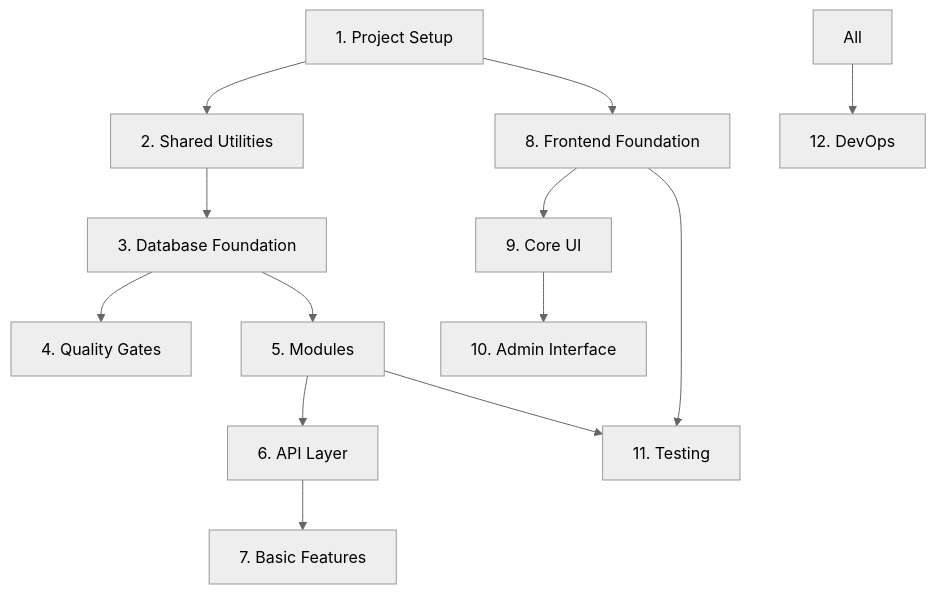
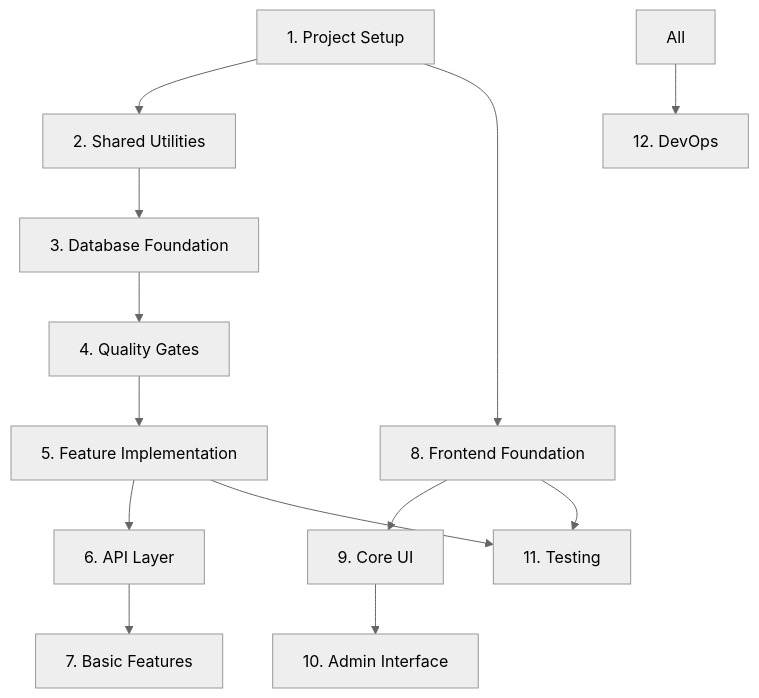
Before and after one commit to Kaniikura/certquiz: the diagram in docs/task-list.md, drawn with Mermaid (neutral theme). The commit also changed other lines of this file, not shown here.

````diff
--- a/docs/task-list.md
+++ b/docs/task-list.md
@@ -667,18 +707,18 @@
 ```mermaid
 graph TD
     A[1. Project Setup] --> B[2. Shared Utilities]
     B --> C[3. Database Foundation]
     C --> D[4. Quality Gates]
-    C --> E[5. Modules]
+    D --> E[5. Feature Implementation]
     E --> F[6. API Layer]
     F --> G[7. Basic Features]
     
     A --> H[8. Frontend Foundation]
     H --> I[9. Core UI]
     I --> J[10. Admin Interface]
     
     E --> K[11. Testing]
     H --> K
     
     All --> L[12. DevOps]
 ```
````
